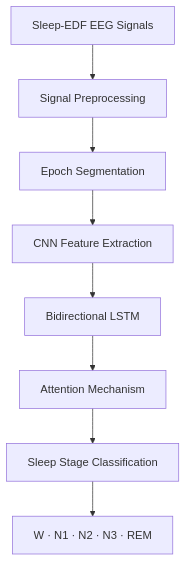
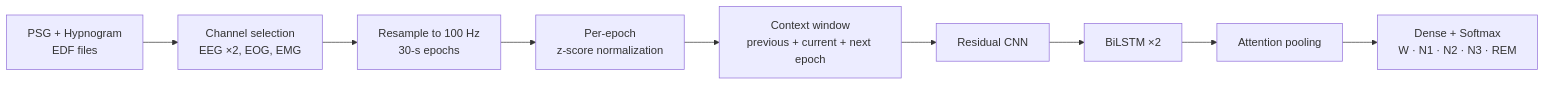
The diagram in README.md (Farhan2580/Sleep-EDF-Thesis), drawn with Mermaid before and after one commit. The commit also changed other lines of this file and 2 other files, not shown here.

````diff
--- a/README.md
+++ b/README.md
@@ -40,10 +58,11 @@
 ```mermaid
-flowchart TD
-    A[Sleep-EDF EEG Signals] --> B[Signal Preprocessing]
-    B --> C[Epoch Segmentation]
-    C --> D[CNN Feature Extraction]
-    D --> E[Bidirectional LSTM]
-    E --> F[Attention Mechanism]
-    F --> G[Sleep Stage Classification]
-    G --> H[W · N1 · N2 · N3 · REM]
+flowchart LR
+    A[PSG + Hypnogram<br/>EDF files] --> B[Channel selection<br/>EEG ×2, EOG, EMG]
+    B --> C[Resample to 100 Hz<br/>30-s epochs]
+    C --> D[Per-epoch<br/>z-score normalization]
+    D --> E[Context window<br/>previous + current + next epoch]
+    E --> F[Residual CNN]
+    F --> G[BiLSTM ×2]
+    G --> H[Attention pooling]
+    H --> I[Dense + Softmax<br/>W · N1 · N2 · N3 · REM]
 ```
````
